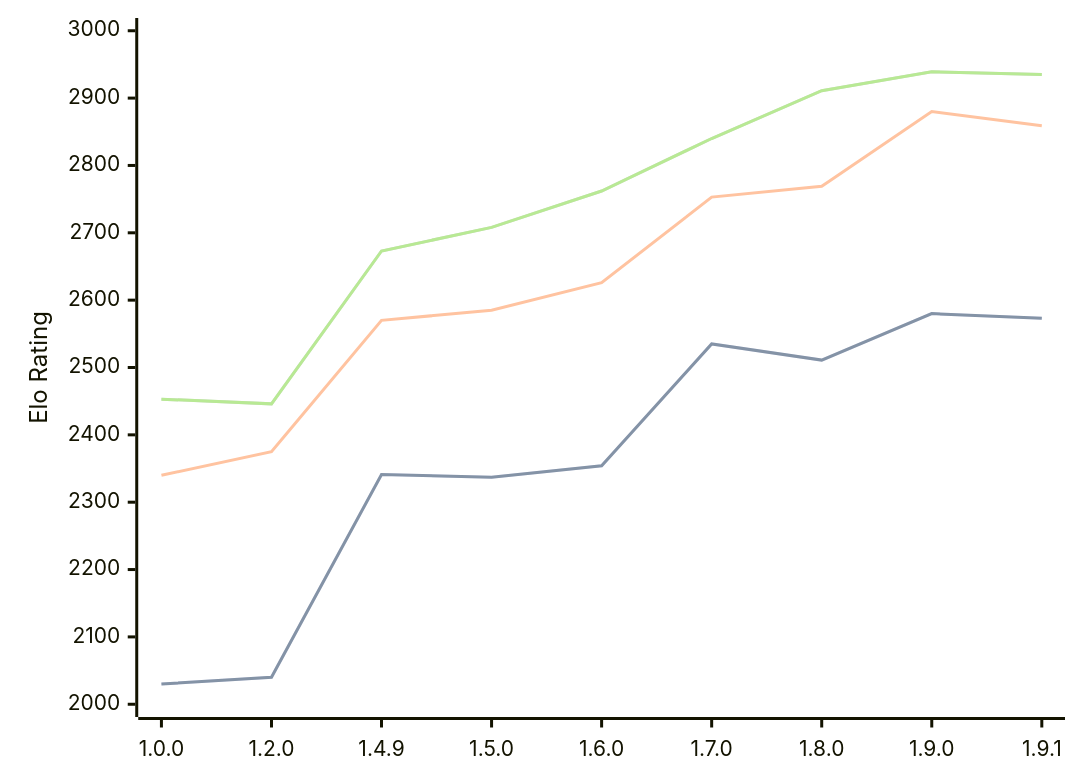
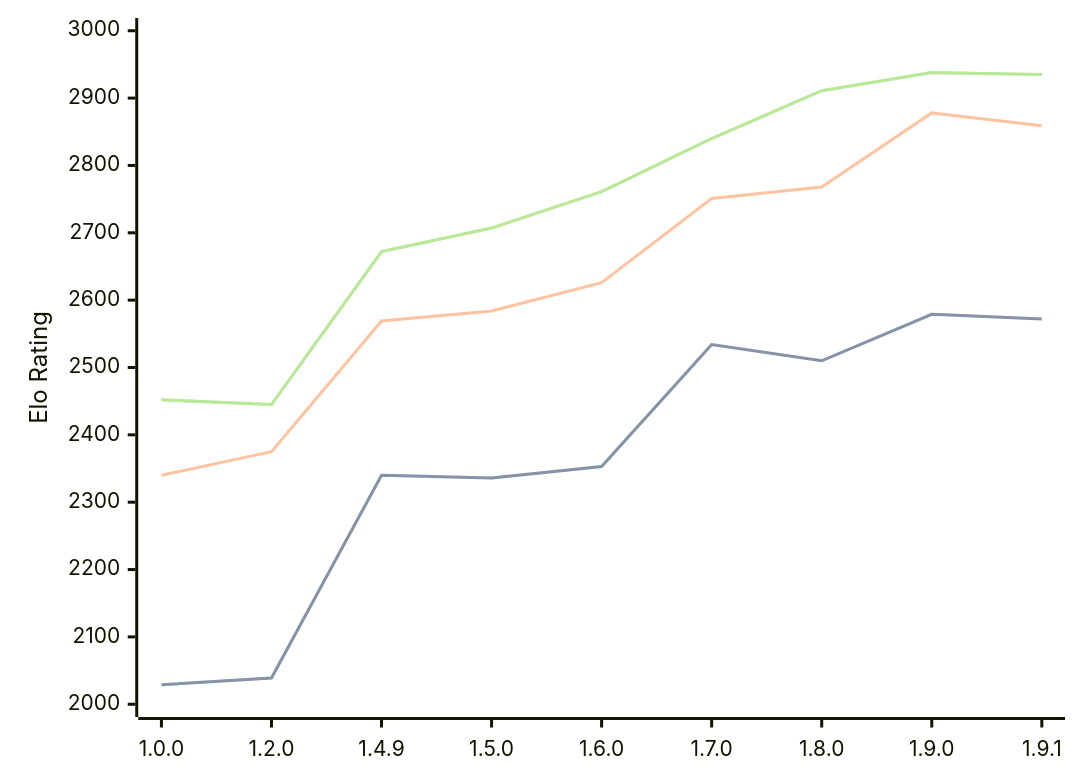
One commit to computer-chess-index/cci changed the diagram in engines/Basilisk.md. Above: the diagram before and after it, drawn with Mermaid. The commit also changed other lines of this file, not shown here.

Commit message:
Update CCI Ratings (ELO VLTC) - 2026-08-04

````diff
--- a/engines/Basilisk.md
+++ b/engines/Basilisk.md
@@ -55,11 +55,11 @@
 ```mermaid
 %%{init: {"theme":"base","themeVariables":{"seriesColors:['#a3a3a3','#222221','#faa371']}}}%%
 xychart-beta
   x-axis ["1.0.0", "1.2.0", "1.4.9", "1.5.0", "1.6.0", "1.7.0", "1.8.0", "1.9.0", "1.9.1"]
   y-axis "Elo Rating" 2000 --> 3000
-  line "STC (8.0+0.08s)" [2030, 2040, 2341, 2337, 2354, 2535, 2511, 2580, 2573]
-  line "STC (8.0+0.08s)" [2030, 2040, 2341, 2337, 2354, 2535, 2511, 2580, 2573]
-  line "LTC (60.0+0.60s)" [2340, 2375, 2570, 2585, 2626, 2753, 2769, 2880, 2859]
-  line "VLTC (2m24s+1.12s)" [2453, 2446, 2673, 2708, 2762, 2840, 2911, 2939, 2935]
-  line "VLTC (2m24s+1.12s)" [2453, 2446, 2673, 2708, 2762, 2840, 2911, 2939, 2935]
+  line "STC (8.0+0.08s)" [2029, 2039, 2340, 2336, 2353, 2534, 2510, 2579, 2572]
+  line "STC (8.0+0.08s)" [2029, 2039, 2340, 2336, 2353, 2534, 2510, 2579, 2572]
+  line "LTC (60.0+0.60s)" [2340, 2375, 2569, 2584, 2626, 2751, 2768, 2878, 2859]
+  line "VLTC (2m24s+1.12s)" [2452, 2445, 2672, 2707, 2761, 2840, 2911, 2938, 2935]
+  line "VLTC (2m24s+1.12s)" [2452, 2445, 2672, 2707, 2761, 2840, 2911, 2938, 2935]
 ```
````
